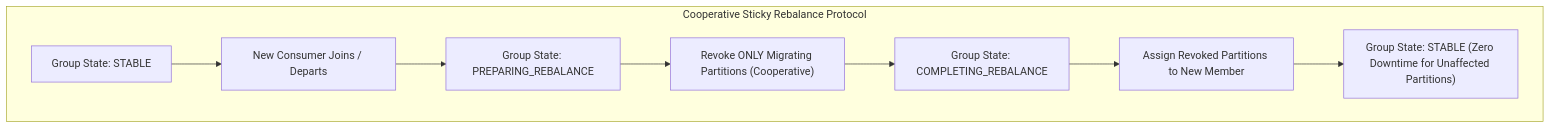
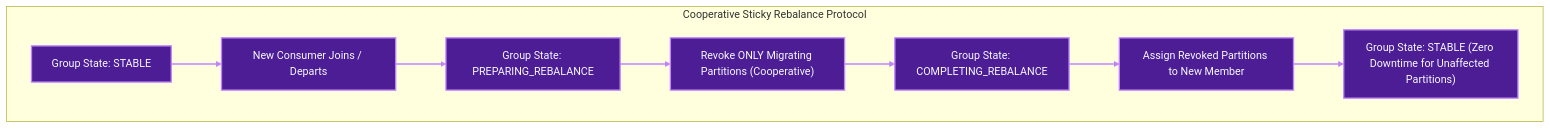
Before and after one commit to Chief-Strategist-J/llm-obs-infra: diagram 13 of 18 in docs/configDoc/kafka-configuration-guide.md, drawn with Mermaid. The commit also changed other lines of this file, not shown here.

Commit message:
docs(kafka): reorder component sections to Code -> HLD -> LLD -> Parameters and apply custom color styling to all Mermaid diagrams

````diff
--- a/docs/configDoc/kafka-configuration-guide.md
+++ b/docs/configDoc/kafka-configuration-guide.md
@@ -967,11 +1177,21 @@
 ```mermaid
 graph TD
     subgraph CooperativeRebalance ["Cooperative Sticky Rebalance Protocol"]
         State1["Group State: STABLE"] --> MemberJoin["New Consumer Joins / Departs"]
         MemberJoin --> State2["Group State: PREPARING_REBALANCE"]
         State2 --> RevokeStep["Revoke ONLY Migrating Partitions (Cooperative)"]
         RevokeStep --> State3["Group State: COMPLETING_REBALANCE"]
         State3 --> AssignStep["Assign Revoked Partitions to New Member"]
         AssignStep --> State4["Group State: STABLE (Zero Downtime for Unaffected Partitions)"]
     end
+
+    style State1 fill:#4c1d95,stroke:#c084fc,stroke-width:2px,color:#f8fafc
+    style MemberJoin fill:#4c1d95,stroke:#c084fc,stroke-width:2px,color:#f8fafc
+    style State2 fill:#4c1d95,stroke:#c084fc,stroke-width:2px,color:#f8fafc
+    style RevokeStep fill:#4c1d95,stroke:#c084fc,stroke-width:2px,color:#f8fafc
+    style State3 fill:#4c1d95,stroke:#c084fc,stroke-width:2px,color:#f8fafc
+    style AssignStep fill:#4c1d95,stroke:#c084fc,stroke-width:2px,color:#f8fafc
+    style State4 fill:#4c1d95,stroke:#c084fc,stroke-width:2px,color:#f8fafc
+
+    linkStyle 0,1,2,3,4,5 stroke:#c084fc,stroke-width:2px;
 ```
````
